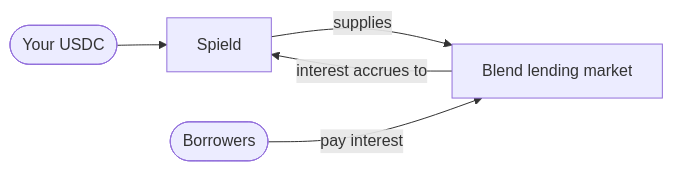
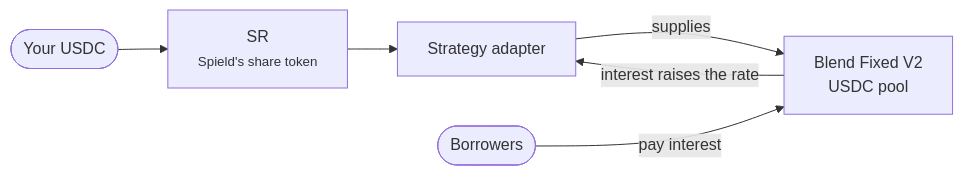
Before and after one commit to Suryashish/spield-docs: the diagram in content/docs/how-it-works/yield-source.mdx, drawn with Mermaid. The commit also changed other lines of this file and 56 other files, not shown here.

````diff
--- a/content/docs/how-it-works/yield-source.mdx
+++ b/content/docs/how-it-works/yield-source.mdx
@@ -18,7 +18,8 @@
 ```mermaid
 flowchart LR
-  You([Your USDC]) --> Spield[Spield]
-  Spield -->|supplies| Blend[Blend lending market]
-  Borrowers([Borrowers]) -->|pay interest| Blend
-  Blend -->|interest accrues to| Spield
+  You(["Your USDC"]) --> SR["SR<br/><small>Spield's share token</small>"]
+  SR --> ST["Strategy adapter"]
+  ST -->|supplies| Blend["Blend Fixed V2<br/>USDC pool"]
+  Borrowers(["Borrowers"]) -->|pay interest| Blend
+  Blend -->|interest raises the rate| ST
 ```
````
